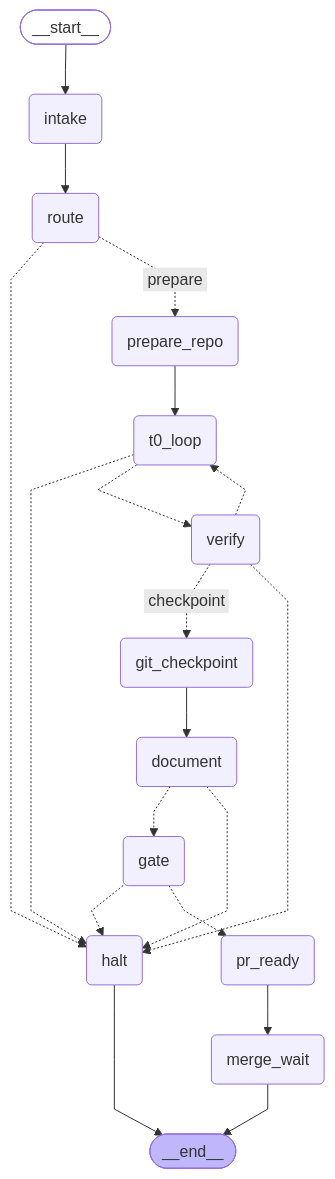
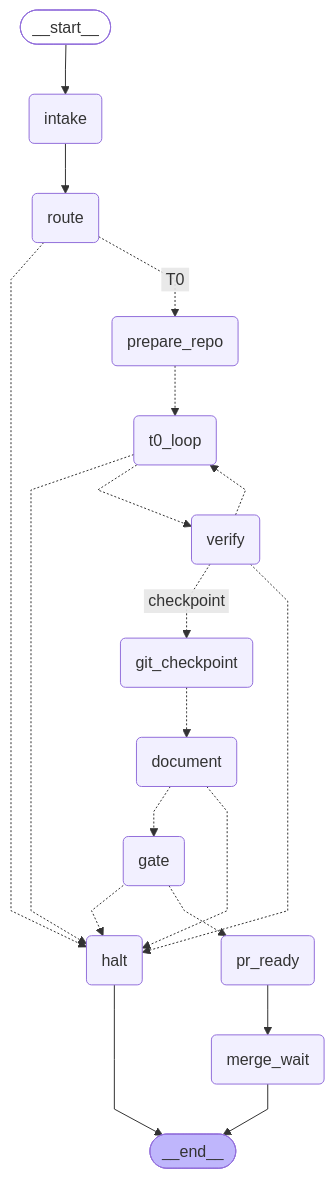
Before and after one commit to NewMe505/SCIO: the third of 8 diagrams in docs/ARCHITECTURE.md, drawn with Mermaid. The commit also changed other lines of this file and 67 other files, not shown here.

````diff
--- a/docs/ARCHITECTURE.md
+++ b/docs/ARCHITECTURE.md
@@ -60,42 +60,42 @@
 ```mermaid
 ---
 config:
   flowchart:
     curve: linear
 ---
 graph TD;
 	__start__([<p>__start__</p>]):::first
 	intake(intake)
 	route(route)
 	prepare_repo(prepare_repo)
-	t0_loop(t0_loop)
 	verify(verify)
 	git_checkpoint(git_checkpoint)
 	document(document)
 	gate(gate)
 	pr_ready(pr_ready)
 	merge_wait(merge_wait)
 	halt(halt)
+	t0_loop(t0_loop)
 	__end__([<p>__end__</p>]):::last
 	__start__ --> intake;
 	document -.-> gate;
 	document -.-> halt;
 	gate -.-> halt;
 	gate -.-> pr_ready;
-	git_checkpoint --> document;
+	git_checkpoint -.-> document;
 	intake --> route;
 	pr_ready --> merge_wait;
-	prepare_repo --> t0_loop;
+	prepare_repo -.-> t0_loop;
 	route -.-> halt;
-	route -. &nbsp;prepare&nbsp; .-> prepare_repo;
+	route -. &nbsp;T0&nbsp; .-> prepare_repo;
 	t0_loop -.-> halt;
 	t0_loop -.-> verify;
 	verify -. &nbsp;checkpoint&nbsp; .-> git_checkpoint;
 	verify -.-> halt;
 	verify -.-> t0_loop;
 	halt --> __end__;
 	merge_wait --> __end__;
 	classDef default fill:#f2f0ff,line-height:1.2
 	classDef first fill-opacity:0
 	classDef last fill:#bfb6fc
 ```
````
